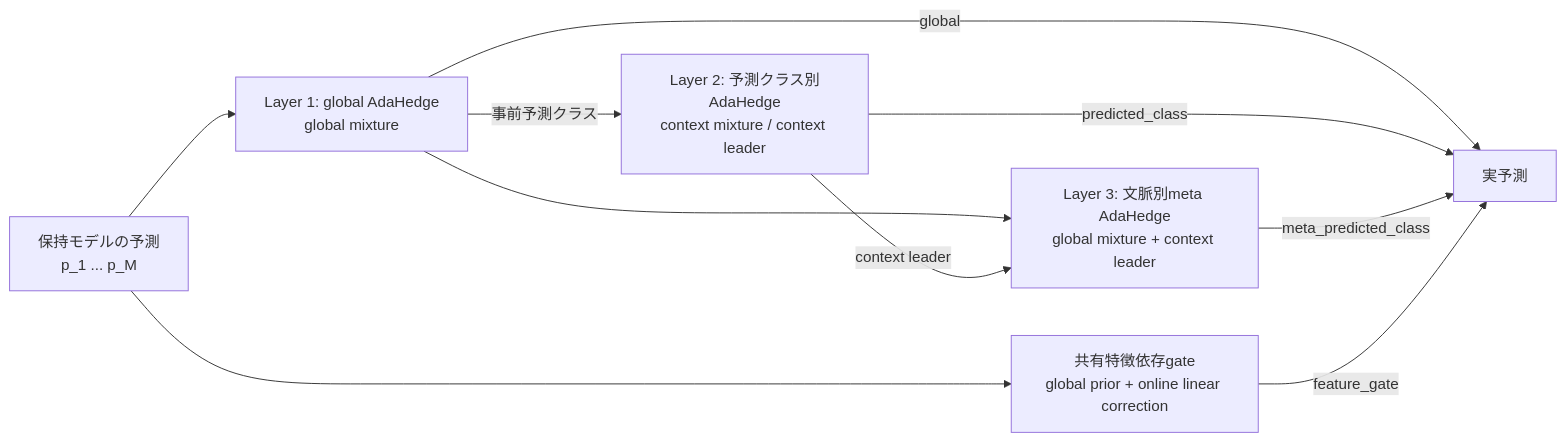
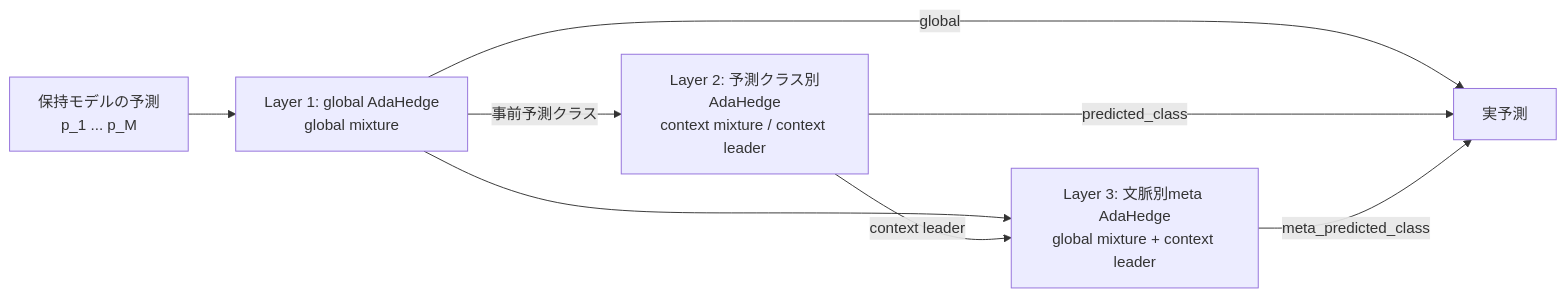
Before and after one commit to shimmen3141/FedSDA-experiment: the diagram in docs/soft-routing.md, drawn with Mermaid. The commit also changed other lines of this file and 13 other files, not shown here.

````diff
--- a/docs/soft-routing.md
+++ b/docs/soft-routing.md
@@ -9,19 +9,16 @@
 ```mermaid
 flowchart LR
     models["保持モデルの予測<br/>p_1 ... p_M"]
     global["Layer 1: global AdaHedge<br/>global mixture"]
     context["Layer 2: 予測クラス別AdaHedge<br/>context mixture / context leader"]
     meta["Layer 3: 文脈別meta AdaHedge<br/>global mixture + context leader"]
-    feature["共有特徴依存gate<br/>global prior + online linear correction"]
     output["実予測"]
 
     models --> global
     global -->|事前予測クラス| context
     global --> meta
     context -->|context leader| meta
-    models --> feature
     global -->|global| output
     context -->|predicted_class| output
     meta -->|meta_predicted_class| output
-    feature -->|feature_gate| output
 ```
````
